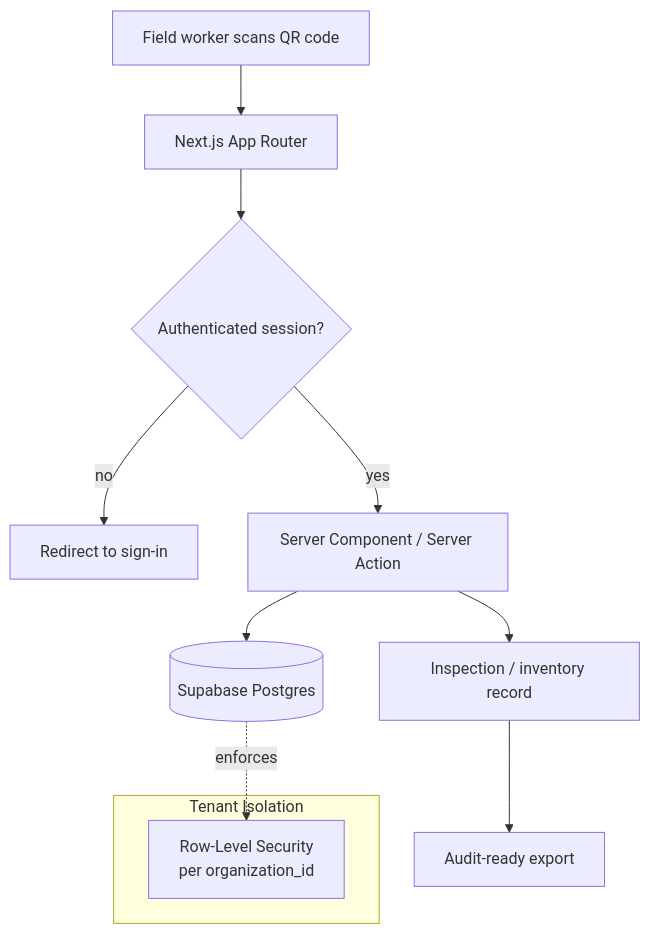
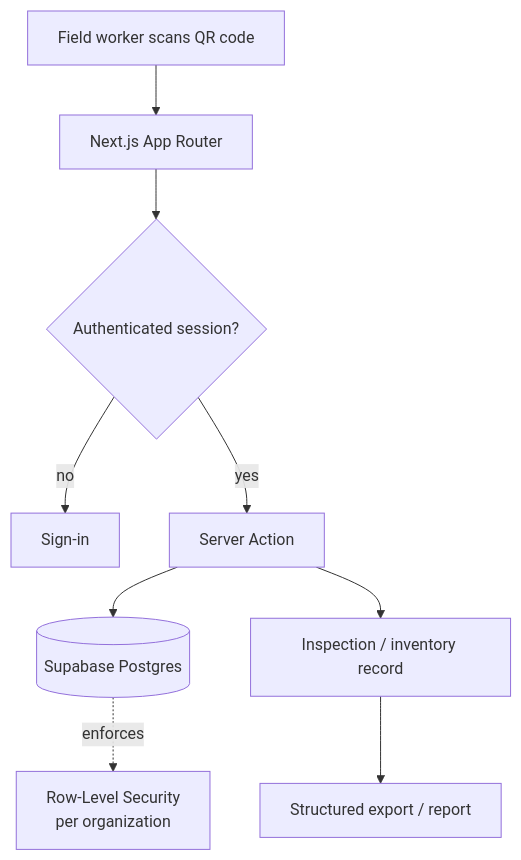
The diagram in case-studies/qrsafepro.md (smzubs/portfolio), drawn with Mermaid before and after one commit. The commit also changed other lines of this file and 5 other files, not shown here.

````diff
--- a/case-studies/qrsafepro.md
+++ b/case-studies/qrsafepro.md
@@ -41,15 +51,11 @@
 ```mermaid
 flowchart TD
     A[Field worker scans QR code] --> B[Next.js App Router]
     B --> C{Authenticated session?}
-    C -->|no| D[Redirect to sign-in]
-    C -->|yes| E[Server Component / Server Action]
+    C -->|no| D[Sign-in]
+    C -->|yes| E[Server Action]
     E --> F[(Supabase Postgres)]
-    F -. enforces .-> G[Row-Level Security<br/>per organization_id]
+    F -. enforces .-> G[Row-Level Security<br/>per organization]
     E --> H[Inspection / inventory record]
-    H --> I[Audit-ready export]
-
-    subgraph Tenant Isolation
-        G
-    end
+    H --> I[Structured export / report]
 ```
````
